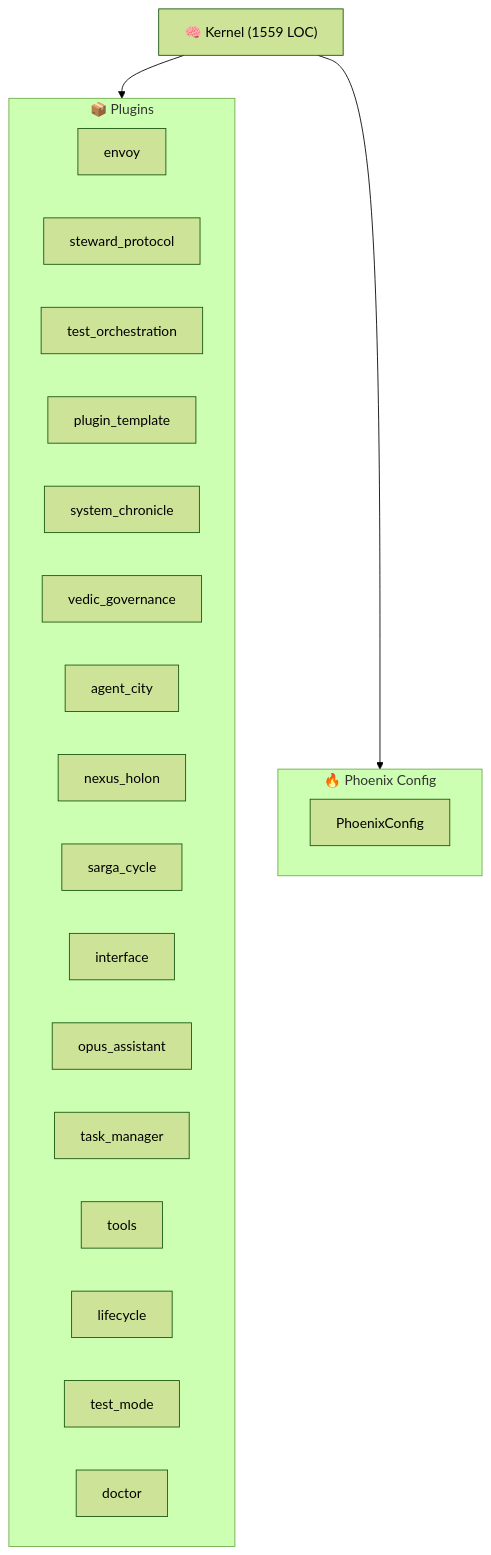
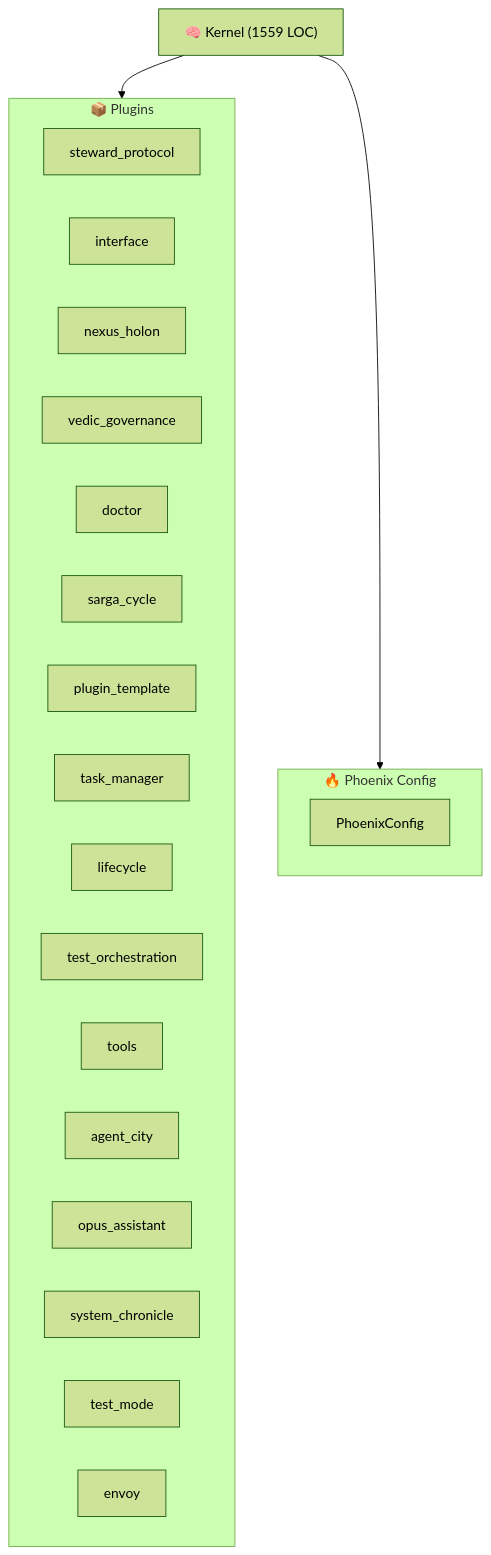
Before and after one commit to kimeisele/steward-protocol: the diagram in ARCHITECTURE.md, drawn with Mermaid (forest theme). The commit also changed other lines of this file and 13 other files, not shown here.

````diff
--- a/ARCHITECTURE.md
+++ b/ARCHITECTURE.md
@@ -8,27 +8,27 @@
 ```mermaid
 graph TB
     K["🧠 Kernel (1559 LOC)"]
     subgraph Plugins["📦 Plugins"]
+        P_steward_protocol["steward_protocol"]
+        P_interface["interface"]
+        P_nexus_holon["nexus_holon"]
+        P_vedic_governance["vedic_governance"]
+        P_doctor["doctor"]
+        P_sarga_cycle["sarga_cycle"]
+        P_plugin_template["plugin_template"]
+        P_task_manager["task_manager"]
+        P_lifecycle["lifecycle"]
+        P_test_orchestration["test_orchestration"]
+        P_tools["tools"]
+        P_agent_city["agent_city"]
+        P_opus_assistant["opus_assistant"]
+        P_system_chronicle["system_chronicle"]
+        P_test_mode["test_mode"]
         P_envoy["envoy"]
-        P_steward_protocol["steward_protocol"]
-        P_test_orchestration["test_orchestration"]
-        P_plugin_template["plugin_template"]
-        P_system_chronicle["system_chronicle"]
-        P_vedic_governance["vedic_governance"]
-        P_agent_city["agent_city"]
-        P_nexus_holon["nexus_holon"]
-        P_sarga_cycle["sarga_cycle"]
-        P_interface["interface"]
-        P_opus_assistant["opus_assistant"]
-        P_task_manager["task_manager"]
-        P_tools["tools"]
-        P_lifecycle["lifecycle"]
-        P_test_mode["test_mode"]
-        P_doctor["doctor"]
     end
     K --> Plugins
     subgraph Config["🔥 Phoenix Config"]
         PC[PhoenixConfig]
     end
     K --> Config
 ```
````
